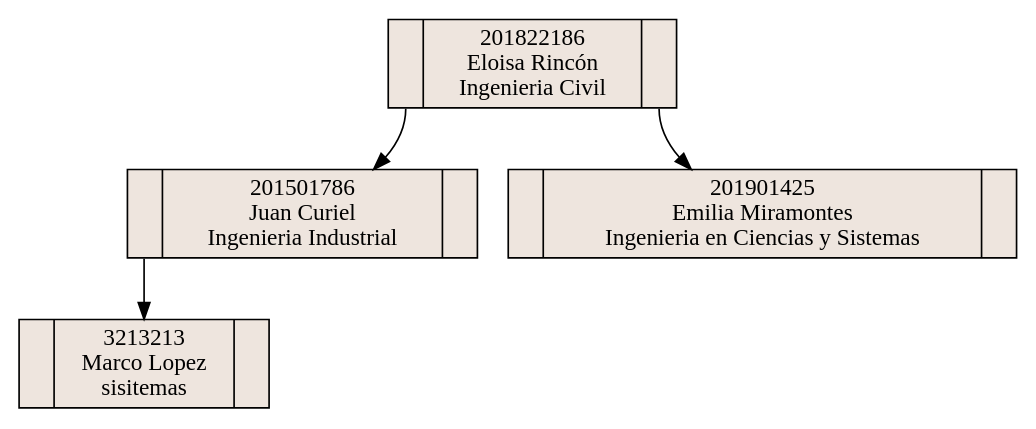
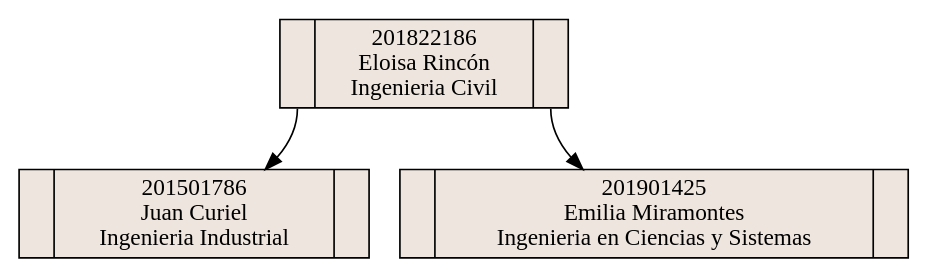
The diagram in reportes/reporteAvl.dot (Alexz330/F2-EDD_SmartClass_-201908359), drawn with Graphviz before and after one commit. The commit also changed 21 other files, not shown here.

```diff
--- a/reportes/reporteAvl.dot
+++ b/reportes/reporteAvl.dot
@@ -1,11 +1,9 @@
 digraph grafica{
 rankdir=TB;
 node [shape = record, style=filled, fillcolor=seashell2];
 nodo201822186 [ label ="<C0>|201822186\nEloisa Rincón\n Ingenieria Civil|<C1>"];
 nodo201501786 [ label ="<C0>|201501786\nJuan Curiel\n Ingenieria Industrial|<C1>"];
-nodo3213213 [ label ="<C0>|3213213\nMarco Lopez\n sisitemas|<C1>"];
-nodo201501786:C0->nodo3213213
 nodo201822186:C0->nodo201501786
 nodo201901425 [ label ="<C0>|201901425\nEmilia Miramontes\n Ingenieria en Ciencias y Sistemas|<C1>"];
 nodo201822186:C1->nodo201901425
 }
```
